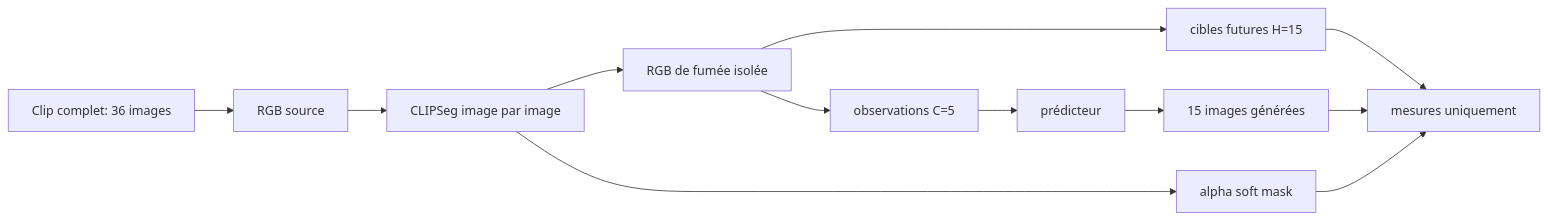
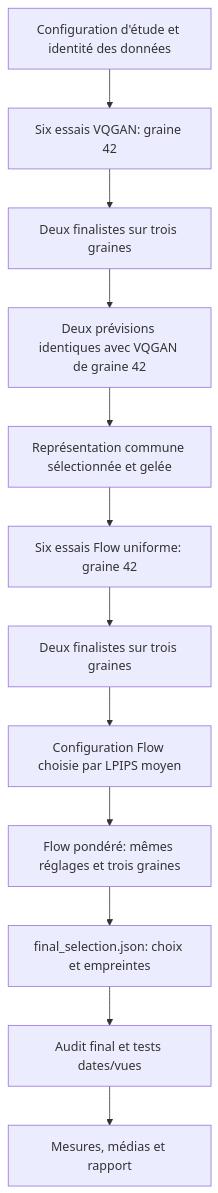
Before and after one commit to omdrift/Modelisation-panaches-de-fum-es-industrielles-par-Flow-Matching: the second of 4 diagrams in doc/ARCHITECTURE.md, drawn with Mermaid. The commit also changed other lines of this file and 32 other files, not shown here.

````diff
--- a/doc/ARCHITECTURE.md
+++ b/doc/ARCHITECTURE.md
@@ -29,14 +30,14 @@
 ```mermaid
-flowchart LR
-    X[Clip complet: 36 images] --> R[RGB source]
-    R --> S[CLIPSeg image par image]
-    S --> M[alpha soft mask]
-    S --> T[RGB de fumée isolée]
-    T --> P[observations C=5]
-    T --> Y[cibles futures H=15]
-    P --> N[prédicteur]
-    N --> Q[15 images générées]
-    Y --> E[mesures uniquement]
-    Q --> E
-    M --> E
+flowchart TD
+    A[Configuration d'étude et identité des données] --> B[Six essais VQGAN: graine 42]
+    B --> C[Deux finalistes sur trois graines]
+    C --> D[Deux prévisions identiques avec VQGAN de graine 42]
+    D --> E[Représentation commune sélectionnée et gelée]
+    E --> F[Six essais Flow uniforme: graine 42]
+    F --> G[Deux finalistes sur trois graines]
+    G --> H[Configuration Flow choisie par LPIPS moyen]
+    H --> I[Flow pondéré: mêmes réglages et trois graines]
+    I --> J[final_selection.json: choix et empreintes]
+    J --> K[Audit final et tests dates/vues]
+    K --> L[Mesures, médias et rapport]
 ```
````
